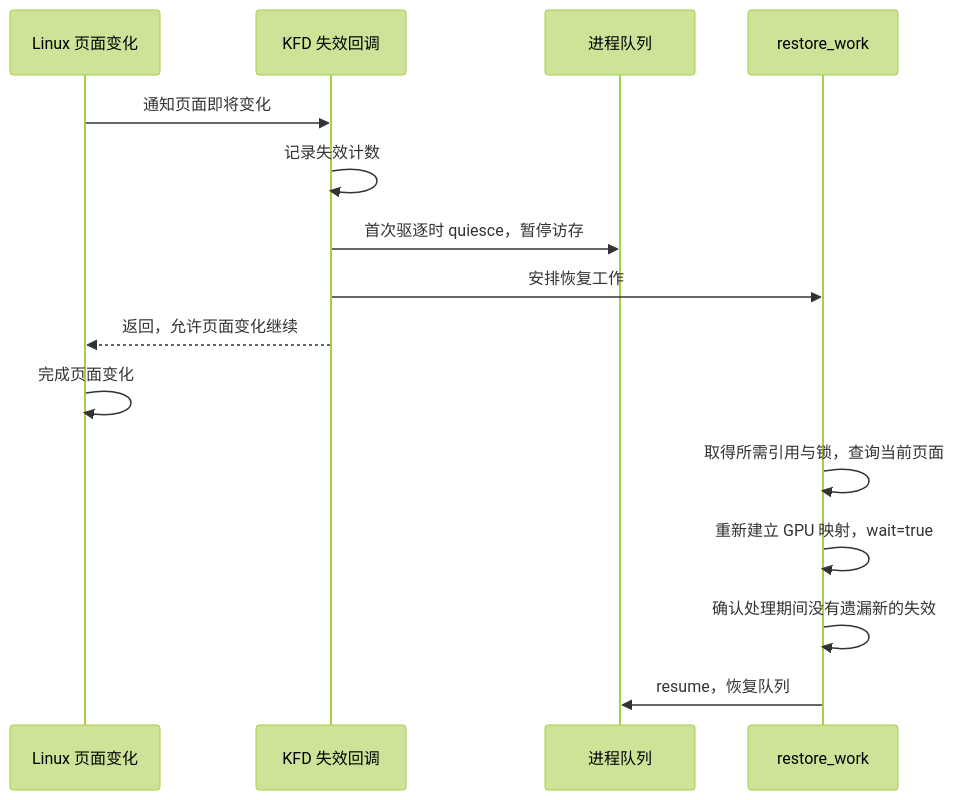
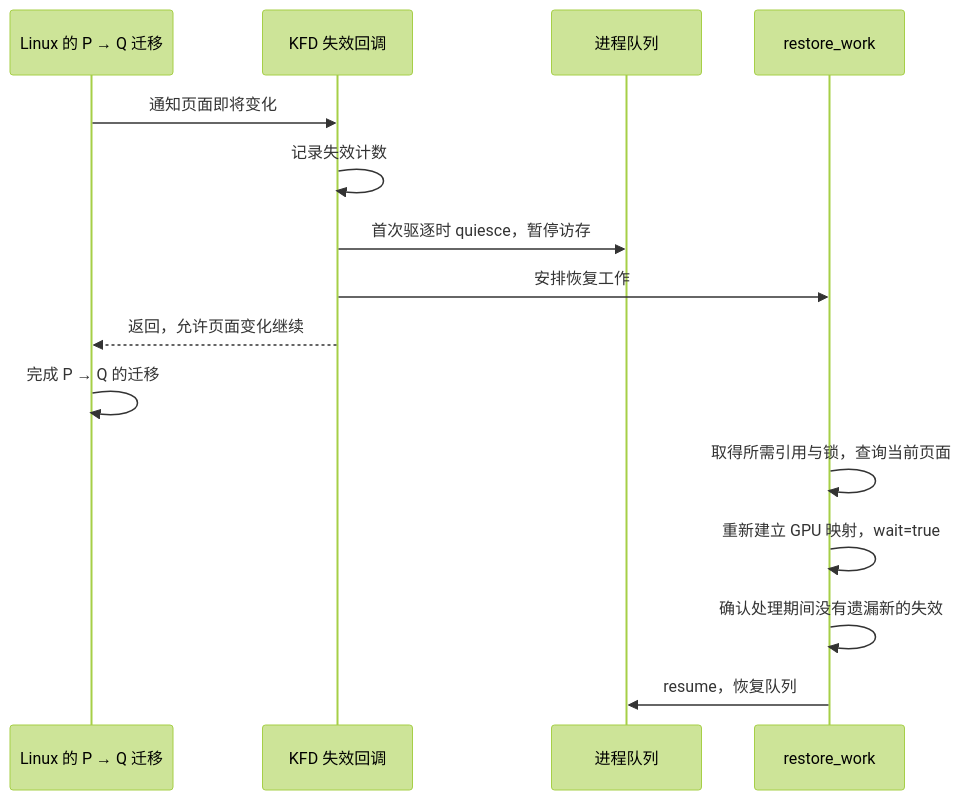
Before and after one commit to hxfei-git/gpu-study: diagram 11 of 14 in 05_HMM 与 SVM：GPU 缺页恢复与页面迁移.md, drawn with Mermaid (forest theme). The commit also changed other lines of this file and 36 other files, not shown here.

````diff
--- a/05_HMM 与 SVM：GPU 缺页恢复与页面迁移.md
+++ b/05_HMM 与 SVM：GPU 缺页恢复与页面迁移.md
@@ -2357,17 +2719,17 @@
 ```mermaid
 sequenceDiagram
-    participant M as Linux 页面变化
+    participant M as Linux 的 P → Q 迁移
     participant K as KFD 失效回调
     participant Q as 进程队列
     participant W as restore_work
     M->>K: 通知页面即将变化
     K->>K: 记录失效计数
     K->>Q: 首次驱逐时 quiesce，暂停访存
     K->>W: 安排恢复工作
     K-->>M: 返回，允许页面变化继续
-    M->>M: 完成页面变化
+    M->>M: 完成 P → Q 的迁移
     W->>W: 取得所需引用与锁，查询当前页面
     W->>W: 重新建立 GPU 映射，wait=true
     W->>W: 确认处理期间没有遗漏新的失效
     W->>Q: resume，恢复队列
 ```
````
